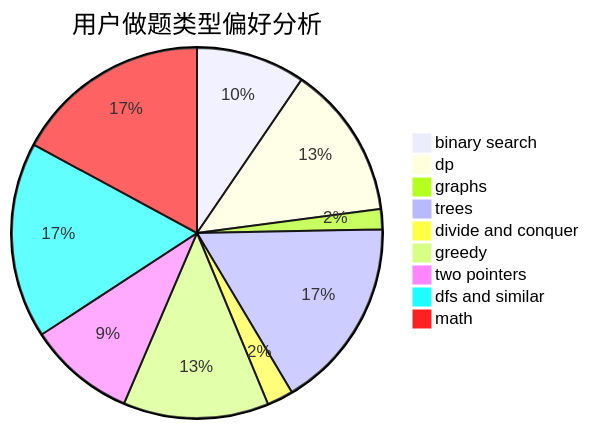
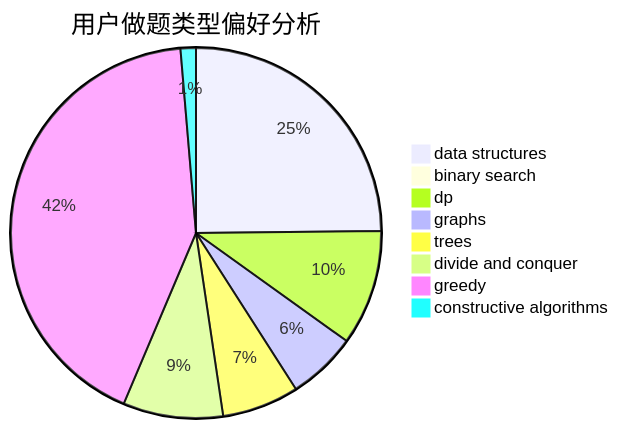
One commit to sherpahu/cfrs.github.io changed the second of 3 diagrams in docs/user/u1569.md. Above: the diagram before and after it, drawn with Mermaid. The commit also changed other lines of this file and 2775 other files, not shown here.

````diff
--- a/docs/user/u1569.md
+++ b/docs/user/u1569.md
@@ -23,12 +23,11 @@
 ```mermaid
 pie title 用户做题类型偏好分析
-    "binary search" :  54
-    "dp" :  76
-    "graphs" :  10
-    "trees" :  95
+    "data structures" :  37
+    "binary search" :  0
+    "dp" :  15
+    "graphs" :  9
+    "trees" :  10
     "divide and conquer" :  13
-    "greedy" :  72
-    "two pointers" :  53
-    "dfs and similar" :  97
-    "math" :  97
+    "greedy" :  63
+    "constructive algorithms" :  2
 ```
````
